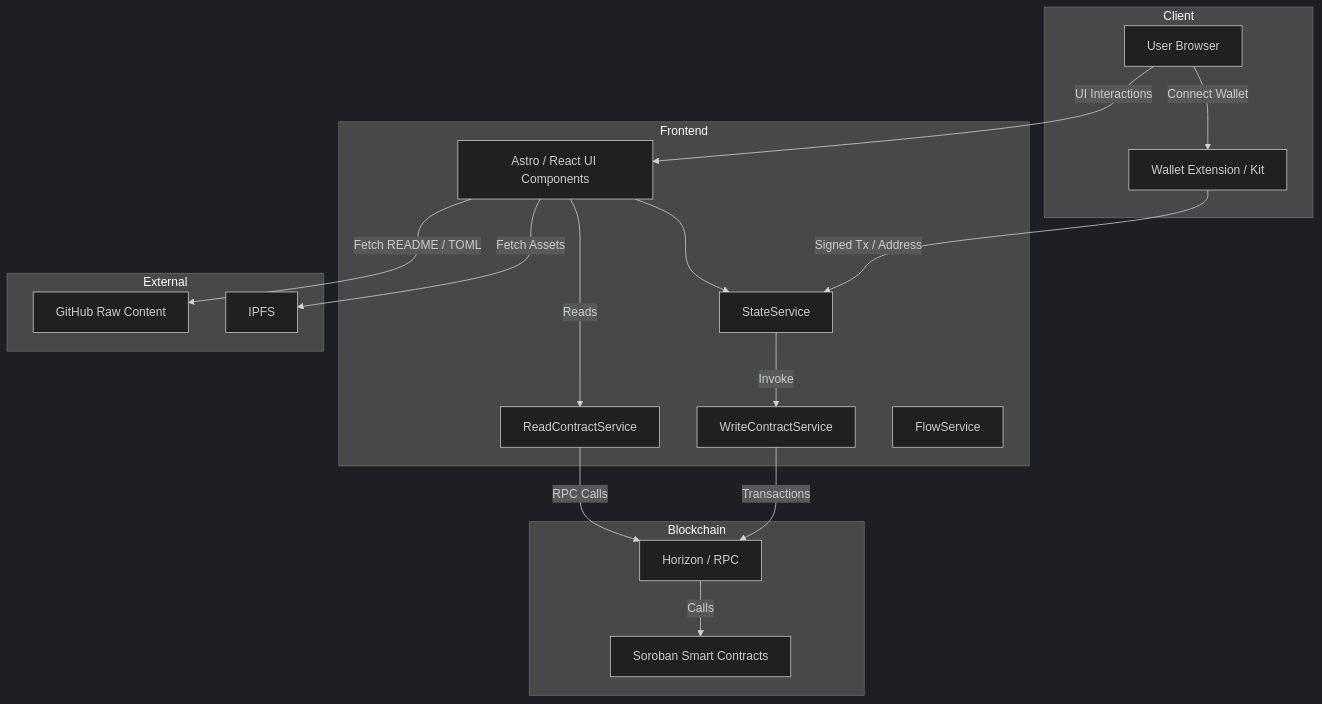
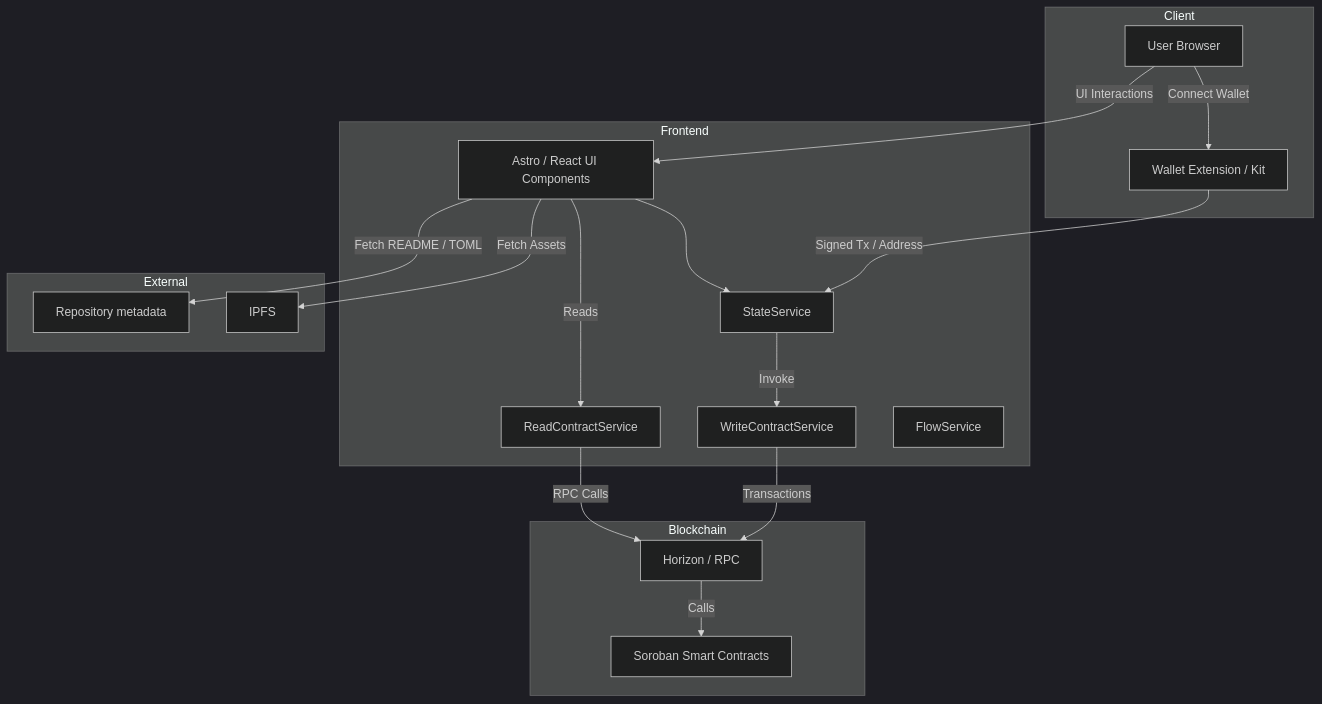
One commit to Oluwatos94/tansu changed the first of 6 diagrams in website/docs/developers/user_flows.mdx. Above: the diagram before and after it, drawn with Mermaid (dark theme). The commit also changed other lines of this file and 21 other files, not shown here.

````diff
--- a/website/docs/developers/user_flows.mdx
+++ b/website/docs/developers/user_flows.mdx
@@ -11,34 +11,34 @@
 ```mermaid
 flowchart TD
   subgraph Client
     A["User Browser"]
     B["Wallet Extension / Kit"]
   end
   subgraph Frontend
     C["Astro / React UI Components"]
     D["StateService"]
     E["ReadContractService"]
     F["WriteContractService"]
     G["FlowService"]
   end
   subgraph Blockchain
     J["Soroban Smart Contracts"]
     K["Horizon / RPC"]
   end
   subgraph External
-    L["GitHub Raw Content"]
+    L["Repository metadata"]
     M["IPFS"]
   end
 
   A--"Connect Wallet"-->B
   A--"UI Interactions"-->C
   B--"Signed Tx / Address"-->D
   C-->D
   C--"Reads"-->E
   D--"Invoke"-->F
   F--"Transactions"-->K
   E--"RPC Calls"-->K
   K--"Calls"-->J
   C--"Fetch README / TOML"-->L
   C--"Fetch Assets"-->M
 ```
````
